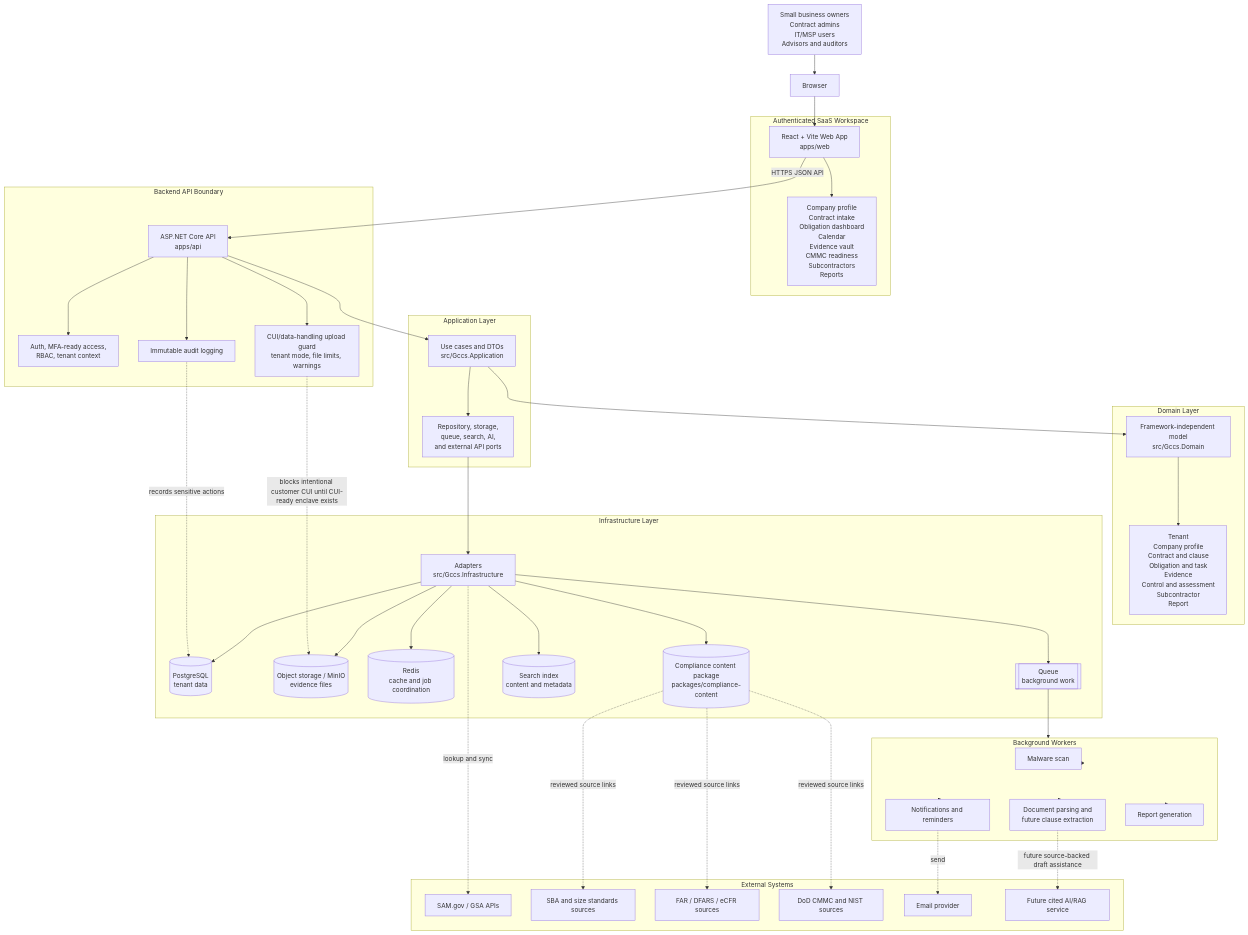
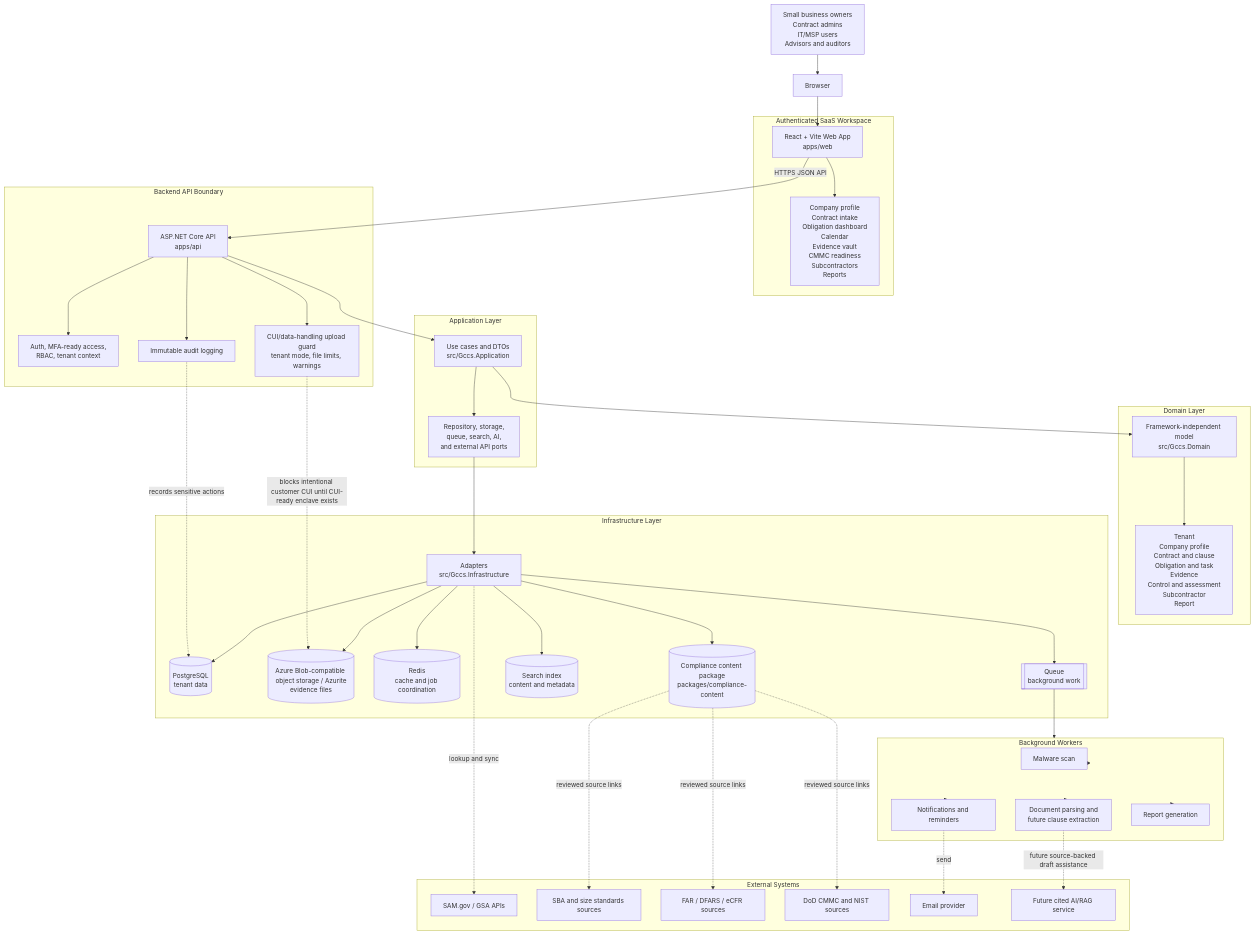
The diagram in docs/architecture.md (samurab/Gccs), drawn with Mermaid before and after one commit. The commit also changed other lines of this file and 81 other files, not shown here.

```diff
--- a/docs/architecture.md
+++ b/docs/architecture.md
@@ -49,7 +49,7 @@
     subgraph infraLayer["Infrastructure Layer"]
         adapters["Adapters<br/>src/Gccs.Infrastructure"]
         postgres[("PostgreSQL<br/>tenant data")]
-        objectStorage[("Object storage / MinIO<br/>evidence files")]
+        objectStorage[("Azure Blob-compatible object storage / Azurite<br/>evidence files")]
         redis[("Redis<br/>cache and job coordination")]
         queue[["Queue<br/>background work"]]
         search[("Search index<br/>content and metadata")]
```
